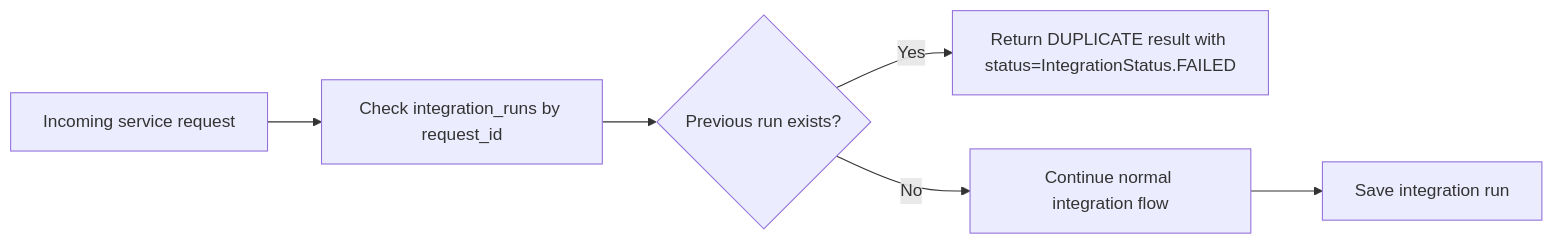
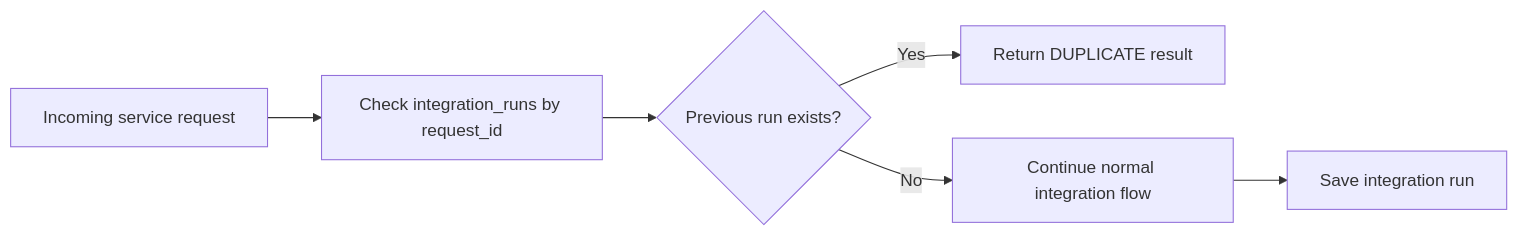
One commit to Wwp2/Municipal-Service-Request-Integration-Demo changed the fourth of 4 diagrams in docs/architecture.md. Above: the diagram before and after it, drawn with Mermaid. The commit also changed other lines of this file, not shown here.

````diff
--- a/docs/architecture.md
+++ b/docs/architecture.md
@@ -232,15 +232,15 @@
 ```mermaid
 flowchart LR
     request["Incoming service request"]
     check["Check integration_runs by request_id"]
     exists{"Previous run exists?"}
-    duplicate["Return DUPLICATE result with status=IntegrationStatus.FAILED"]
+    duplicate["Return DUPLICATE result"]
     process["Continue normal integration flow"]
     save["Save integration run"]
 
     request --> check
     check --> exists
     exists -->|"Yes"| duplicate
     exists -->|"No"| process
     process --> save
 ```
````
